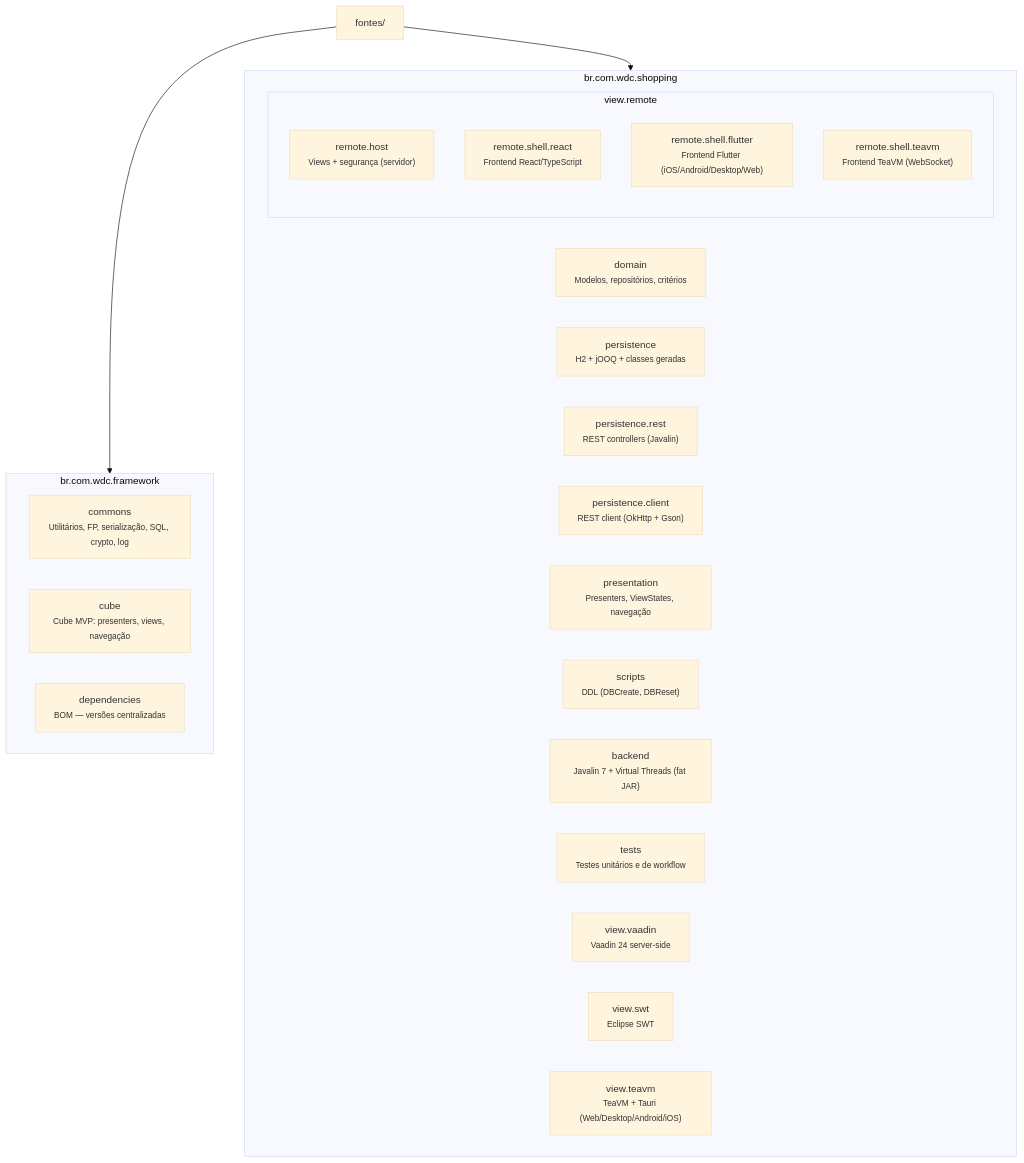
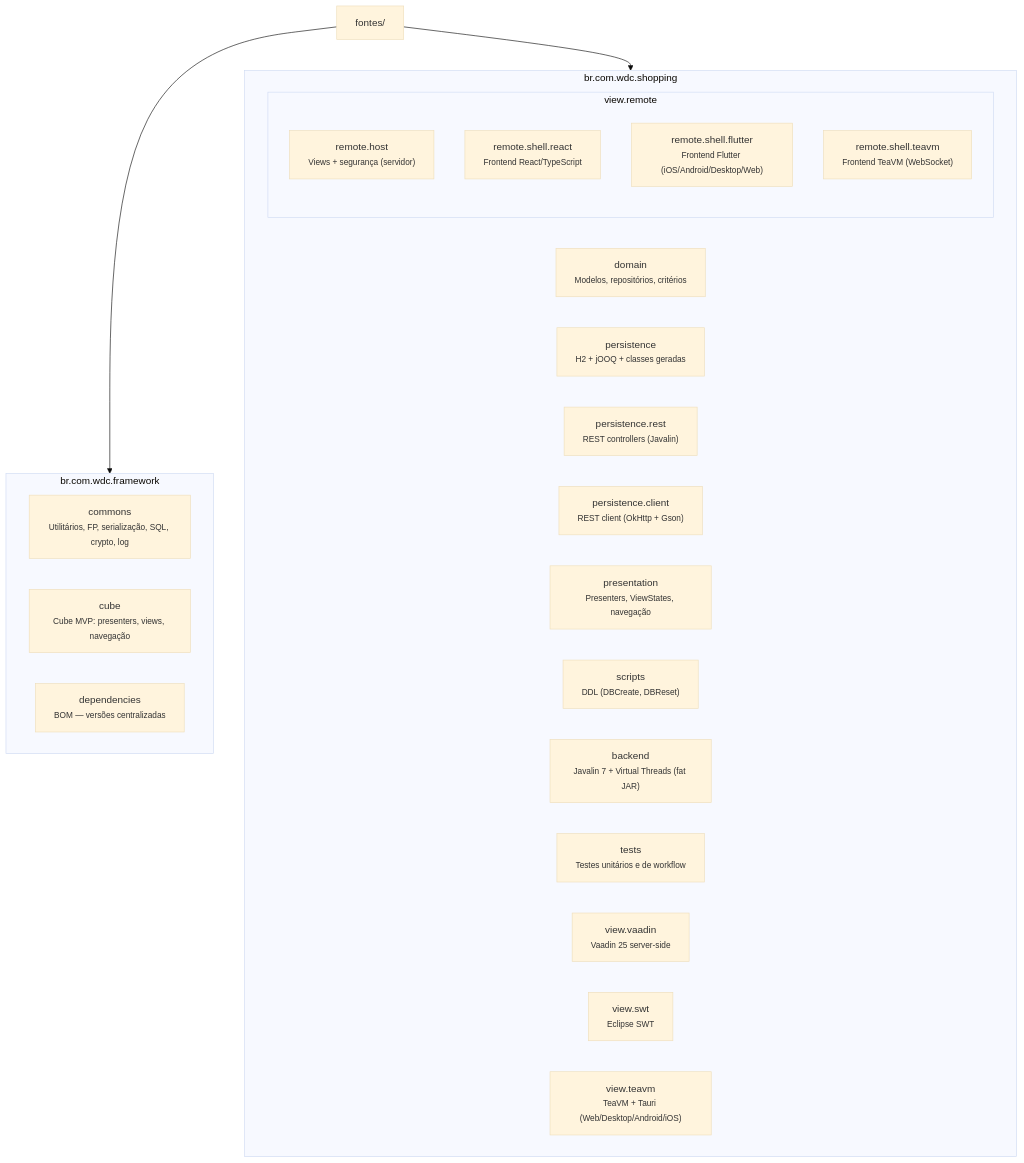
Before and after one commit to mrcdom/wdc-cube-java-v2: the second of 3 diagrams in README.md, drawn with Mermaid (base theme). The commit also changed other lines of this file and 13 other files, not shown here.

````diff
--- a/README.md
+++ b/README.md
@@ -59,35 +59,35 @@
 ```mermaid
 graph TD
     fontes["fontes/"]
 
     subgraph Framework["br.com.wdc.framework"]
         commons["commons<br/><small>Utilitários, FP, serialização, SQL, crypto, log</small>"]
         cube["cube<br/><small>Cube MVP: presenters, views, navegação</small>"]
         deps["dependencies<br/><small>BOM — versões centralizadas</small>"]
     end
 
     subgraph Shopping["br.com.wdc.shopping"]
         domain["domain<br/><small>Modelos, repositórios, critérios</small>"]
         persistence["persistence<br/><small>H2 + jOOQ + classes geradas</small>"]
         persistRest["persistence.rest<br/><small>REST controllers (Javalin)</small>"]
         persistClient["persistence.client<br/><small>REST client (OkHttp + Gson)</small>"]
         presentation["presentation<br/><small>Presenters, ViewStates, navegação</small>"]
         scripts["scripts<br/><small>DDL (DBCreate, DBReset)</small>"]
         backend["backend<br/><small>Javalin 7 + Virtual Threads (fat JAR)</small>"]
         tests["tests<br/><small>Testes unitários e de workflow</small>"]
 
         subgraph ViewReact["view.remote"]
             reactHost["remote.host<br/><small>Views + segurança (servidor)</small>"]
             reactShellReact["remote.shell.react<br/><small>Frontend React/TypeScript</small>"]
             reactShellFlutter["remote.shell.flutter<br/><small>Frontend Flutter (iOS/Android/Desktop/Web)</small>"]
             reactShellTeavm["remote.shell.teavm<br/><small>Frontend TeaVM (WebSocket)</small>"]
         end
 
-        viewVaadin["view.vaadin<br/><small>Vaadin 24 server-side</small>"]
+        viewVaadin["view.vaadin<br/><small>Vaadin 25 server-side</small>"]
         viewSwt["view.swt<br/><small>Eclipse SWT</small>"]
         viewTeavm["view.teavm<br/><small>TeaVM + Tauri (Web/Desktop/Android/iOS)</small>"]
     end
 
     fontes --> Framework
     fontes --> Shopping
 ```
````
